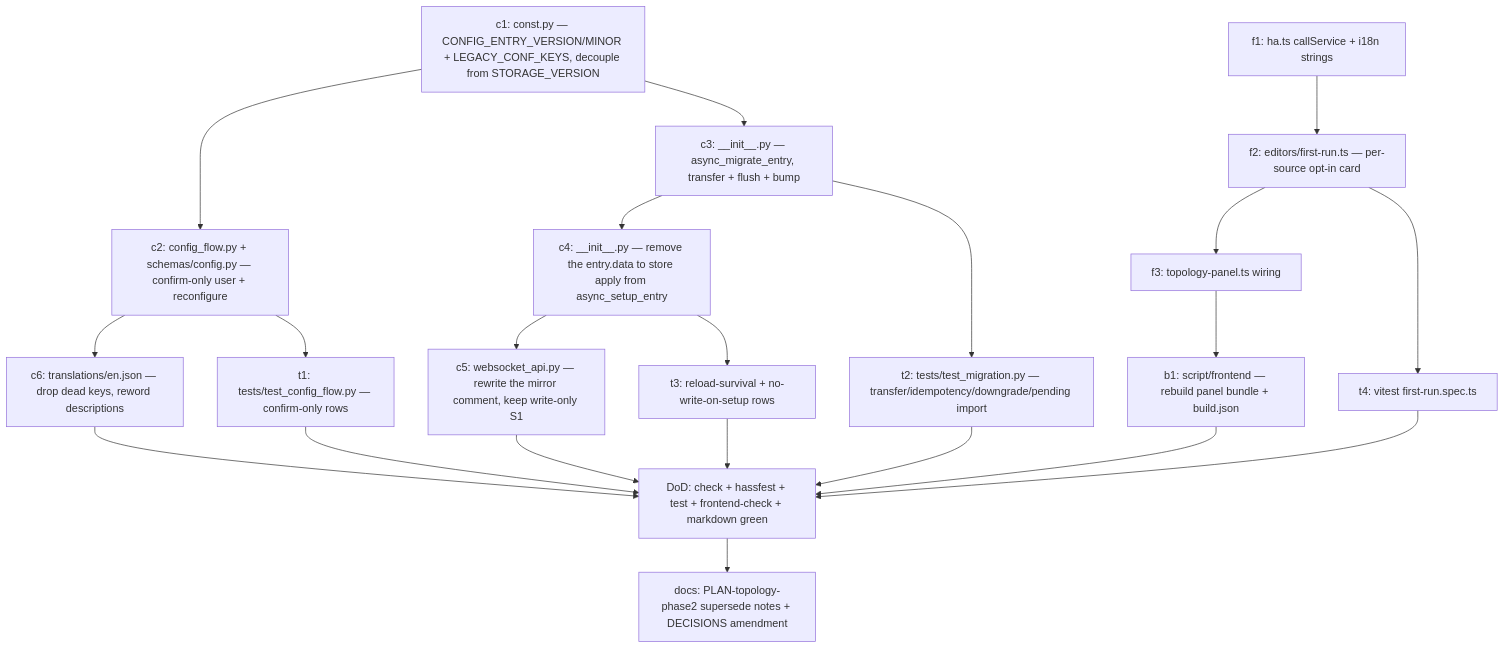
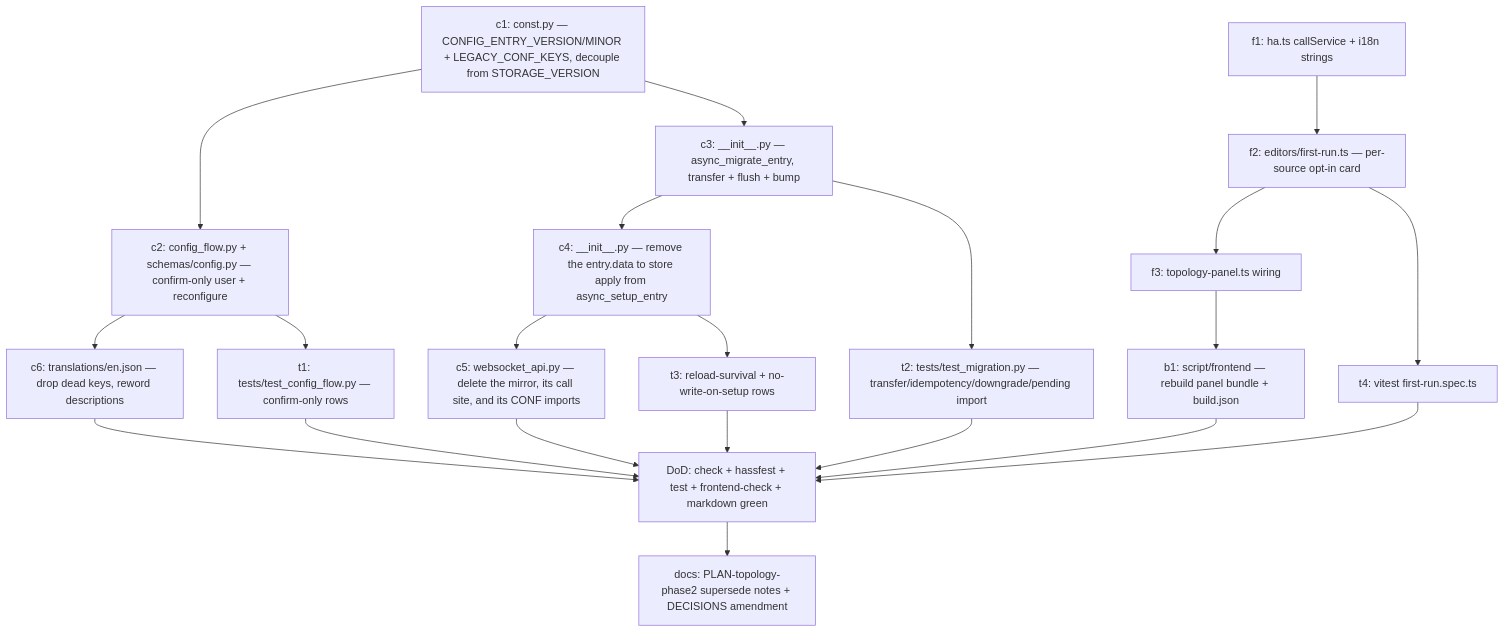
Before and after one commit to jpawlowski/hass.topology: the diagram in docs/development/PLAN-topology-phase2-followup-configflow.md, drawn with Mermaid. The commit also changed other lines of this file, not shown here.

````diff
--- a/docs/development/PLAN-topology-phase2-followup-configflow.md
+++ b/docs/development/PLAN-topology-phase2-followup-configflow.md
@@ -659,23 +663,23 @@
 ```mermaid
 graph TD
     C1[c1: const.py — CONFIG_ENTRY_VERSION/MINOR + LEGACY_CONF_KEYS, decouple from STORAGE_VERSION] --> C2[c2: config_flow.py + schemas/config.py — confirm-only user + reconfigure]
     C1 --> C3[c3: __init__.py — async_migrate_entry, transfer + flush + bump]
     C3 --> C4[c4: __init__.py — remove the entry.data to store apply from async_setup_entry]
-    C4 --> C5[c5: websocket_api.py — rewrite the mirror comment, keep write-only S1]
+    C4 --> C5[c5: websocket_api.py — delete the mirror, its call site, and its CONF imports]
     C2 --> C6[c6: translations/en.json — drop dead keys, reword descriptions]
     F1[f1: ha.ts callService + i18n strings] --> F2[f2: editors/first-run.ts — per-source opt-in card]
     F2 --> F3[f3: topology-panel.ts wiring]
     F3 --> B1[b1: script/frontend — rebuild panel bundle + build.json]
     C2 --> T1[t1: tests/test_config_flow.py — confirm-only rows]
     C3 --> T2[t2: tests/test_migration.py — transfer/idempotency/downgrade/pending import]
     C4 --> T3[t3: reload-survival + no-write-on-setup rows]
     F2 --> T4[t4: vitest first-run.spec.ts]
     C6 --> Z[DoD: check + hassfest + test + frontend-check + markdown green]
     C5 --> Z
     T1 --> Z
     T2 --> Z
     T3 --> Z
     T4 --> Z
     B1 --> Z
     Z --> D1[docs: PLAN-topology-phase2 supersede notes + DECISIONS amendment]
 ```
````
